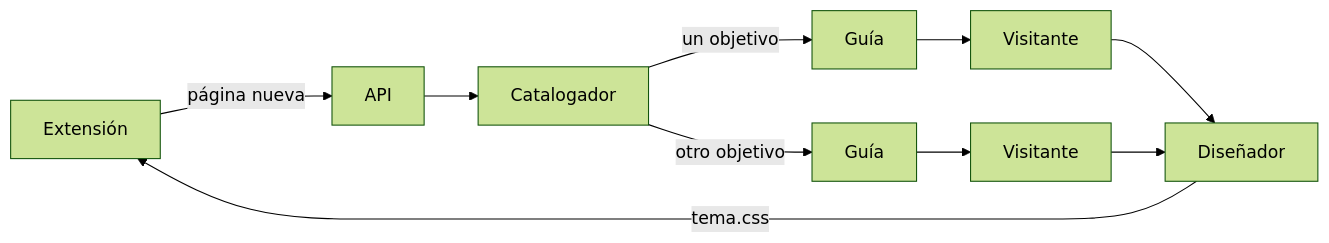
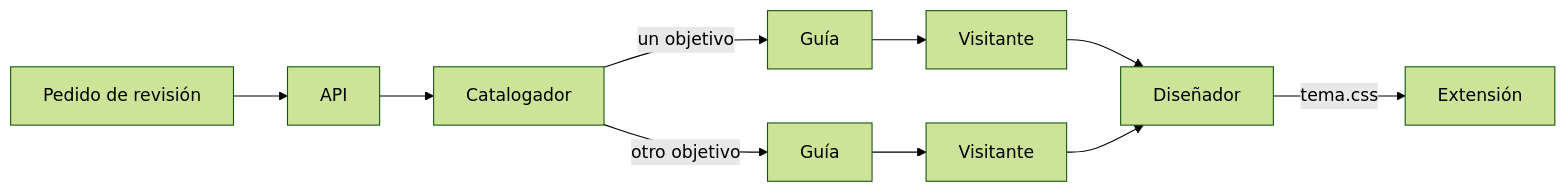
The diagram in README.md (platanus-hack/platanus-hack-26-cl-team-36), drawn with Mermaid (forest theme) before and after one commit. The commit also changed other lines of this file, not shown here.

First line of the commit message:
docs(readme): la extensión no pide revisiones, y enlaza a docs/

````diff
--- a/README.md
+++ b/README.md
@@ -16,10 +17,10 @@
 ```mermaid
 flowchart LR
-  E[Extensión] -->|página nueva| A[API]
+  P[Pedido de revisión] --> A[API]
   A --> C[Catalogador]
   C -->|un objetivo| G1[Guía] --> V1[Visitante]
   C -->|otro objetivo| G2[Guía] --> V2[Visitante]
   V1 --> D[Diseñador]
   V2 --> D
-  D -->|tema.css| E
+  D -->|tema.css| E[Extensión]
 ```
````
